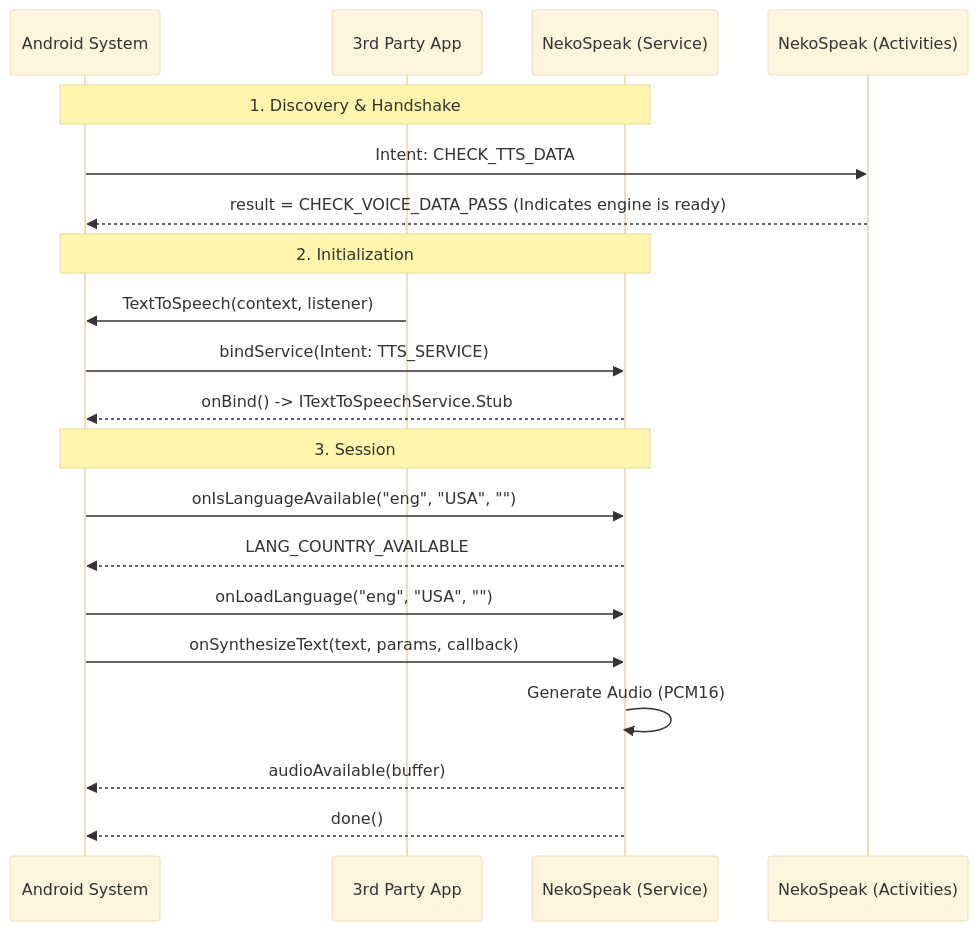
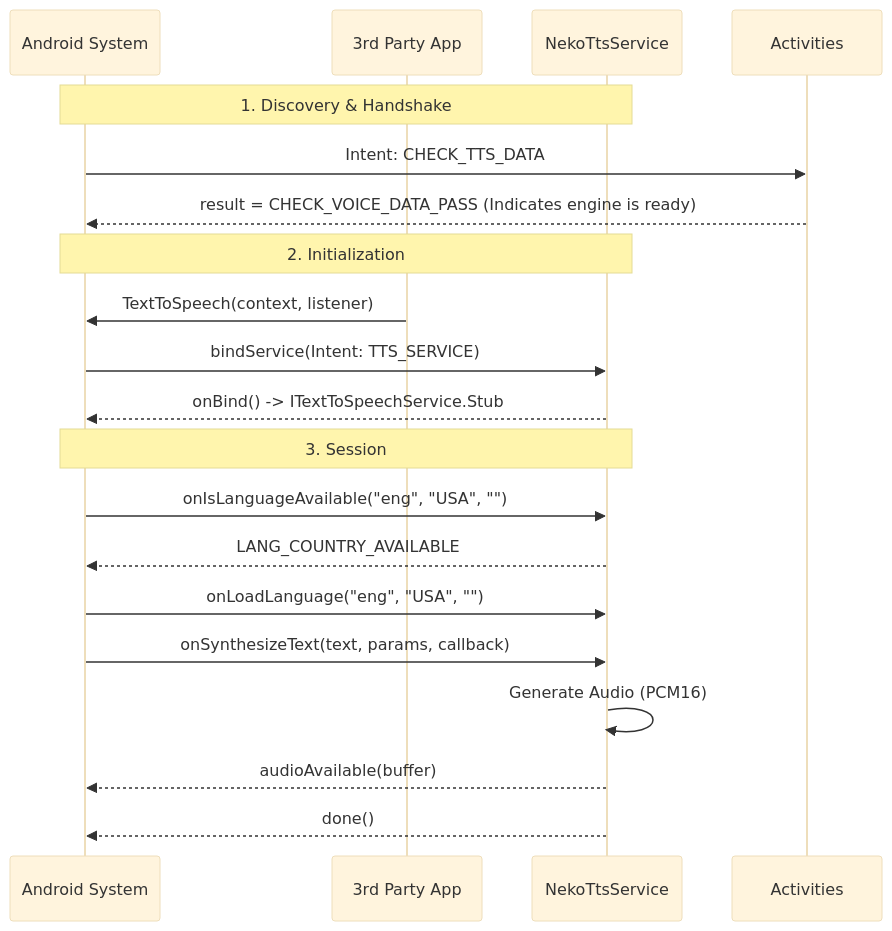
Before and after one commit to siva-sub/NekoSpeak: the second of 3 diagrams in TECHNICAL_DEEP_DIVE.md, drawn with Mermaid (base theme). The commit also changed other lines of this file and 6 other files, not shown here.

````diff
--- a/TECHNICAL_DEEP_DIVE.md
+++ b/TECHNICAL_DEEP_DIVE.md
@@ -45,25 +45,25 @@
 ```mermaid
 sequenceDiagram
     participant Sys as Android System
     participant App as 3rd Party App
-    participant Neko as NekoSpeak (Service)
-    participant Act as NekoSpeak (Activities)
+    participant Service as NekoTtsService
+    participant Act as Activities
 
-    Note over Sys, Neko: 1. Discovery & Handshake
+    Note over Sys, Service: 1. Discovery & Handshake
     Sys->>Act: Intent: CHECK_TTS_DATA
     Act-->>Sys: result = CHECK_VOICE_DATA_PASS (Indicates engine is ready)
 
-    Note over Sys, Neko: 2. Initialization
+    Note over Sys, Service: 2. Initialization
     App->>Sys: TextToSpeech(context, listener)
-    Sys->>Neko: bindService(Intent: TTS_SERVICE)
-    Neko-->>Sys: onBind() -> ITextToSpeechService.Stub
+    Sys->>Service: bindService(Intent: TTS_SERVICE)
+    Service-->>Sys: onBind() -> ITextToSpeechService.Stub
 
-    Note over Sys, Neko: 3. Session
-    Sys->>Neko: onIsLanguageAvailable("eng", "USA", "")
-    Neko-->>Sys: LANG_COUNTRY_AVAILABLE
-    Sys->>Neko: onLoadLanguage("eng", "USA", "")
-    Sys->>Neko: onSynthesizeText(text, params, callback)
-    Neko->>Neko: Generate Audio (PCM16)
-    Neko-->>Sys: audioAvailable(buffer)
-    Neko-->>Sys: done()
+    Note over Sys, Service: 3. Session
+    Sys->>Service: onIsLanguageAvailable("eng", "USA", "")
+    Service-->>Sys: LANG_COUNTRY_AVAILABLE
+    Sys->>Service: onLoadLanguage("eng", "USA", "")
+    Sys->>Service: onSynthesizeText(text, params, callback)
+    Service->>Service: Generate Audio (PCM16)
+    Service-->>Sys: audioAvailable(buffer)
+    Service-->>Sys: done()
 ```
````
